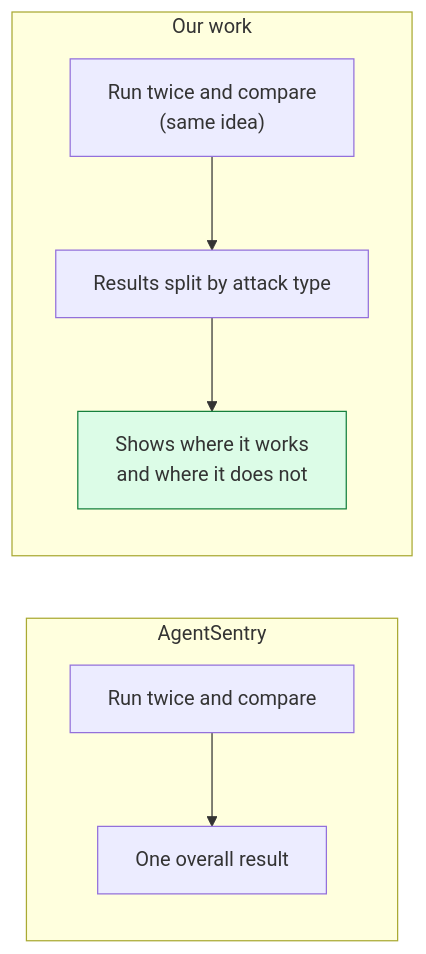
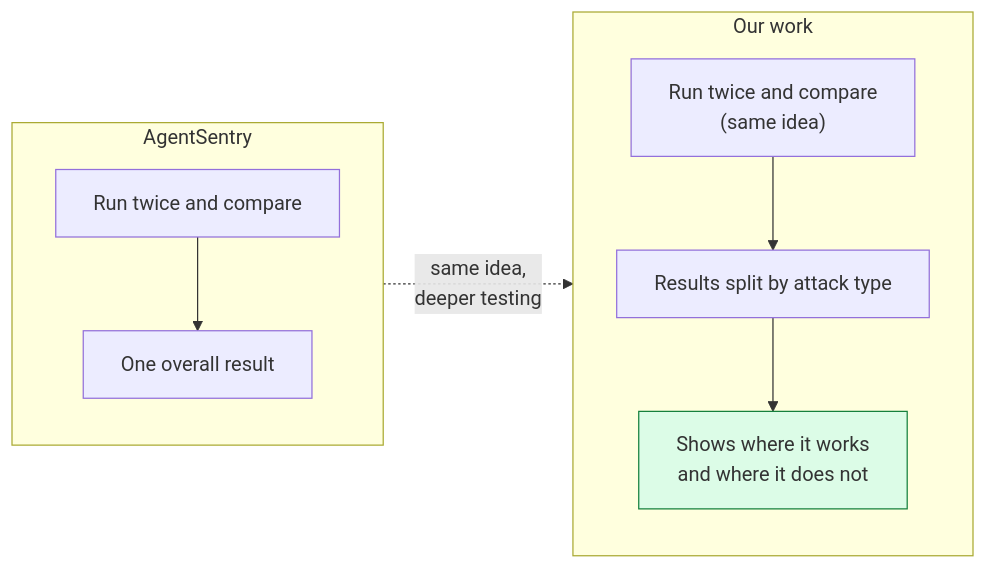
The fourth of 7 diagrams in writeup/07-how-my-research-differs.md (ahmadkhanraj01/adaptishield), drawn with Mermaid before and after one commit. The commit also changed other lines of this file and 3 other files, not shown here.

````diff
--- a/writeup/07-how-my-research-differs.md
+++ b/writeup/07-how-my-research-differs.md
@@ -80,12 +80,13 @@
 ```mermaid
 flowchart LR
     subgraph AS["AgentSentry"]
       direction TB
       a1["Run twice and compare"] --> a2["One overall result"]
     end
     subgraph ME["Our work"]
       direction TB
       m1["Run twice and compare<br/>(same idea)"] --> m2["Results split by attack type"] --> m3["Shows where it works<br/>and where it does not"]
     end
+    AS -. "same idea,<br/>deeper testing" .-> ME
     style m3 fill:#dcfce7,stroke:#15803d
 ```
````
